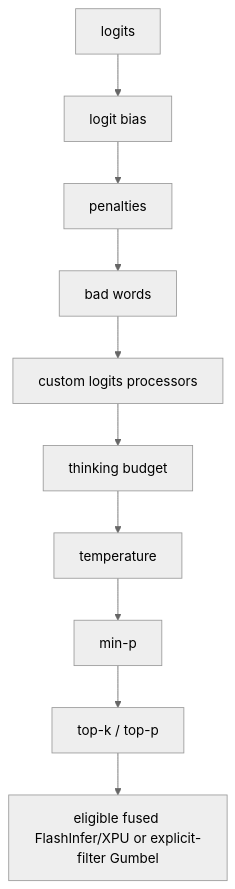
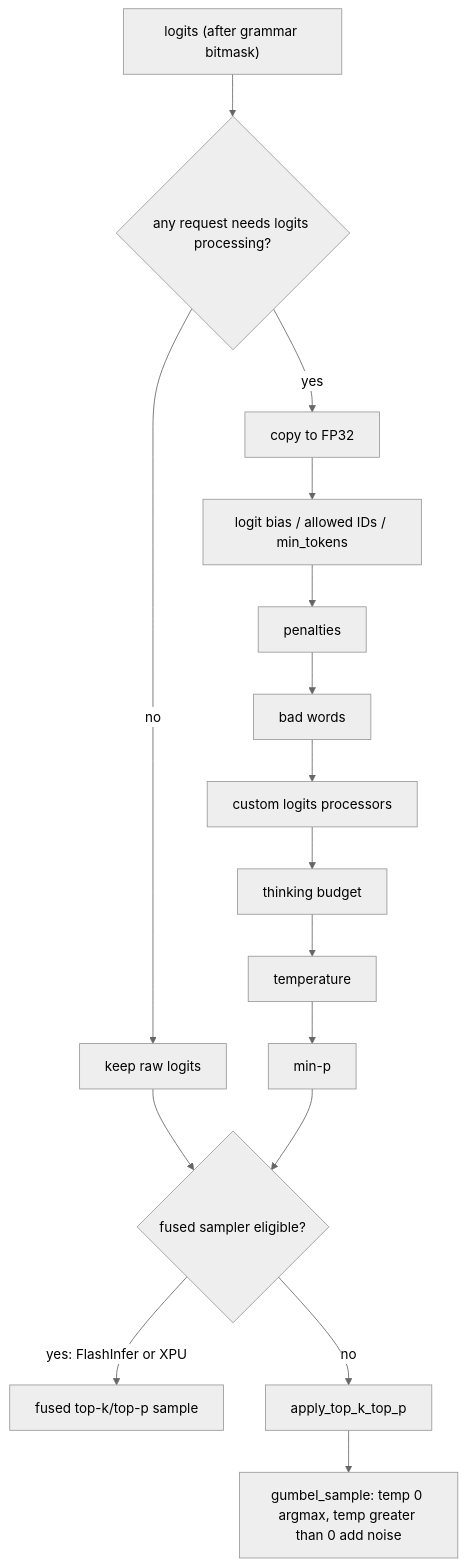
Before and after one commit to cluster1900/vllm_reader: diagram 31 of 41 in book/07-model-execution/README.md, drawn with Mermaid (neutral theme). The commit also changed other lines of this file and 2 other files, not shown here.

````diff
--- a/book/07-model-execution/README.md
+++ b/book/07-model-execution/README.md
@@ -1073,12 +1069,18 @@
 ```mermaid
 flowchart TD
-    L2["logits"] --> BI["logit bias"]
+    L2["logits (after grammar bitmask)"] --> NEED{"any request needs logits processing?"}
+    NEED -->|no| SK["keep raw logits"]
+    NEED -->|yes| F32["copy to FP32"]
+    F32 --> BI["logit bias / allowed IDs / min_tokens"]
     BI --> PE["penalties"]
     PE --> BW["bad words"]
     BW --> CUSTOM["custom logits processors"]
     CUSTOM --> TB["thinking budget"]
     TB --> TE["temperature"]
     TE --> MP["min-p"]
-    MP --> TK["top-k / top-p"]
-    TK --> GS["eligible fused FlashInfer/XPU or explicit-filter Gumbel"]
+    SK --> ELIG
+    MP --> ELIG{"fused sampler eligible?"}
+    ELIG -->|"yes: FlashInfer or XPU"| FUS["fused top-k/top-p sample"]
+    ELIG -->|"no"| TK["apply_top_k_top_p"]
+    TK --> GS["gumbel_sample: temp 0 argmax, temp greater than 0 add noise"]
 ```
````
